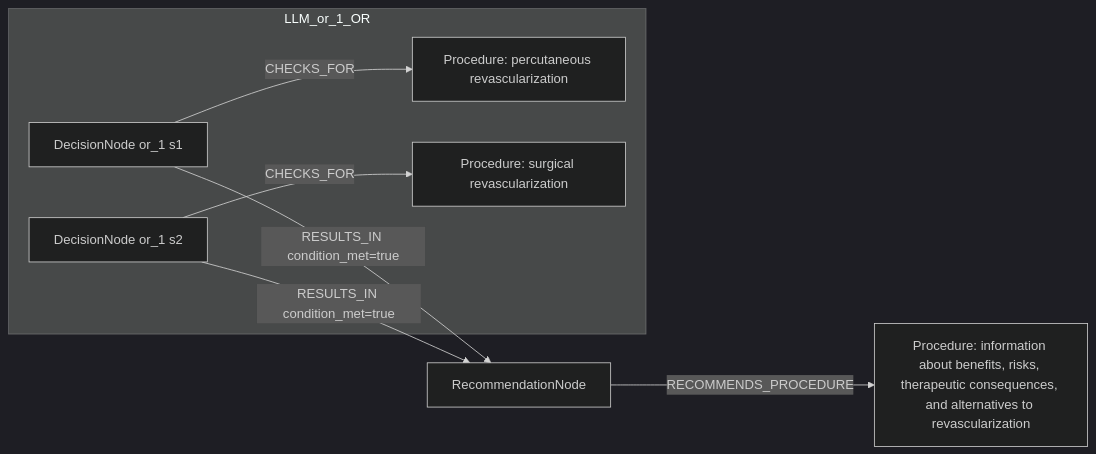
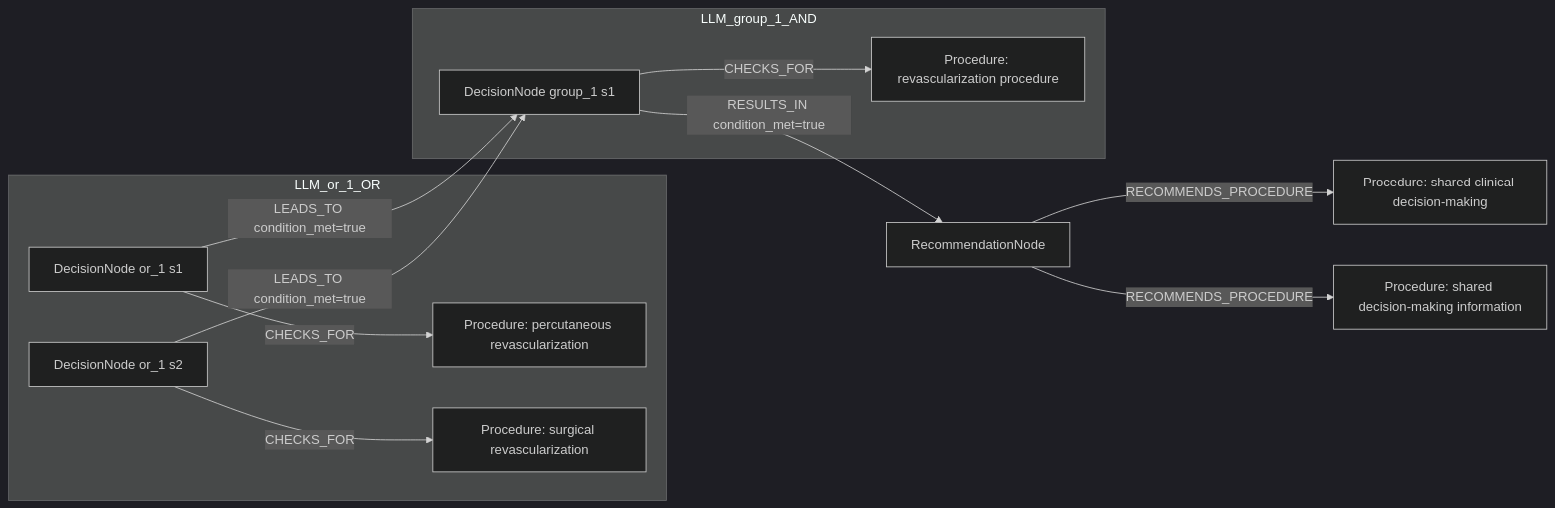
Before and after one commit to dieterich-lab/CardioGuidelinesGraph: the second of 2 diagrams in docs/table22_rows/row_01.md, drawn with Mermaid (dark theme). The commit also changed other lines of this file and 2 other files, not shown here.

````diff
--- a/docs/table22_rows/row_01.md
+++ b/docs/table22_rows/row_01.md
@@ -220,16 +252,24 @@
 ```mermaid
 graph LR
   REC[RecommendationNode]
-  ACT1[Procedure: information about benefits, risks, therapeutic consequences, and alternatives to revascularization]
+  ACT1[Procedure: shared clinical decision-making]
   REC -->|RECOMMENDS_PROCEDURE| ACT1
+  ACT2[Procedure: shared decision-making information]
+  REC -->|RECOMMENDS_PROCEDURE| ACT2
   subgraph LLM_or_1_OR
     D_or_1_1[DecisionNode or_1 s1]
     C_or_1_1[Procedure: percutaneous revascularization]
     D_or_1_1 -->|CHECKS_FOR| C_or_1_1
     D_or_1_2[DecisionNode or_1 s2]
     C_or_1_2[Procedure: surgical revascularization]
     D_or_1_2 -->|CHECKS_FOR| C_or_1_2
   end
-  D_or_1_1 -->|RESULTS_IN condition_met=true| REC
-  D_or_1_2 -->|RESULTS_IN condition_met=true| REC
+  subgraph LLM_group_1_AND
+    D_group_1_1[DecisionNode group_1 s1]
+    C_group_1_1[Procedure: revascularization procedure]
+    D_group_1_1 -->|CHECKS_FOR| C_group_1_1
+    D_or_1_1 -->|LEADS_TO condition_met=true| D_group_1_1
+    D_or_1_2 -->|LEADS_TO condition_met=true| D_group_1_1
+  end
+  D_group_1_1 -->|RESULTS_IN condition_met=true| REC
 ```
````
